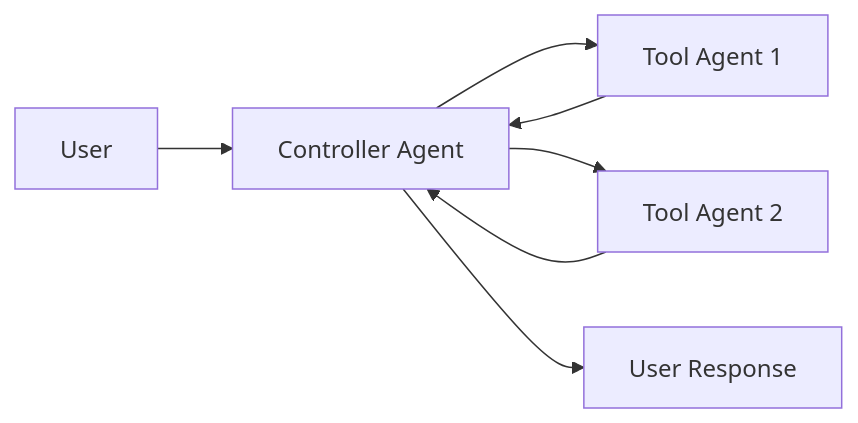
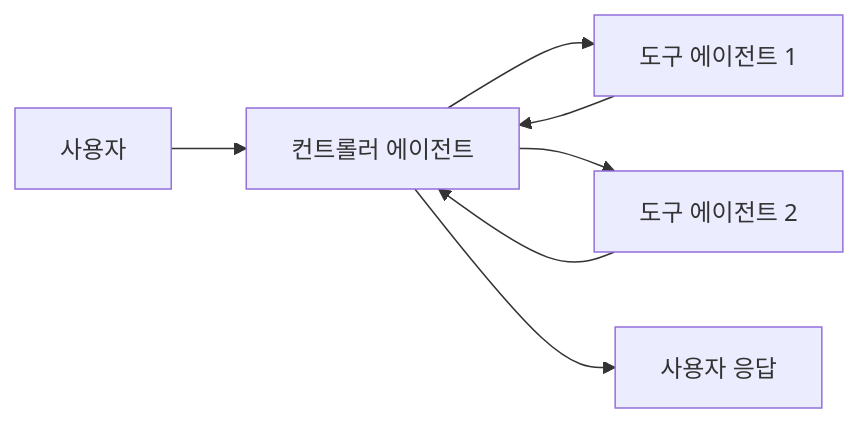
The first of 2 diagrams in src-ko/oss/langchain/multi-agent.mdx (jeongsk/langchain-docs), drawn with Mermaid before and after one commit. The commit also changed other lines of this file and 20 other files, not shown here.

`````diff
--- a/src-ko/oss/langchain/multi-agent.mdx
+++ b/src-ko/oss/langchain/multi-agent.mdx
@@ -75,9 +75,9 @@
 ```mermaid
 graph LR
-    A[User] --> B[Controller Agent]
-    B --> C[Tool Agent 1]
-    B --> D[Tool Agent 2]
+    A[사용자] --> B[컨트롤러 에이전트]
+    B --> C[도구 에이전트 1]
+    B --> D[도구 에이전트 2]
     C --> B
     D --> B
-    B --> E[User Response]
+    B --> E[사용자 응답]
 ````
`````
